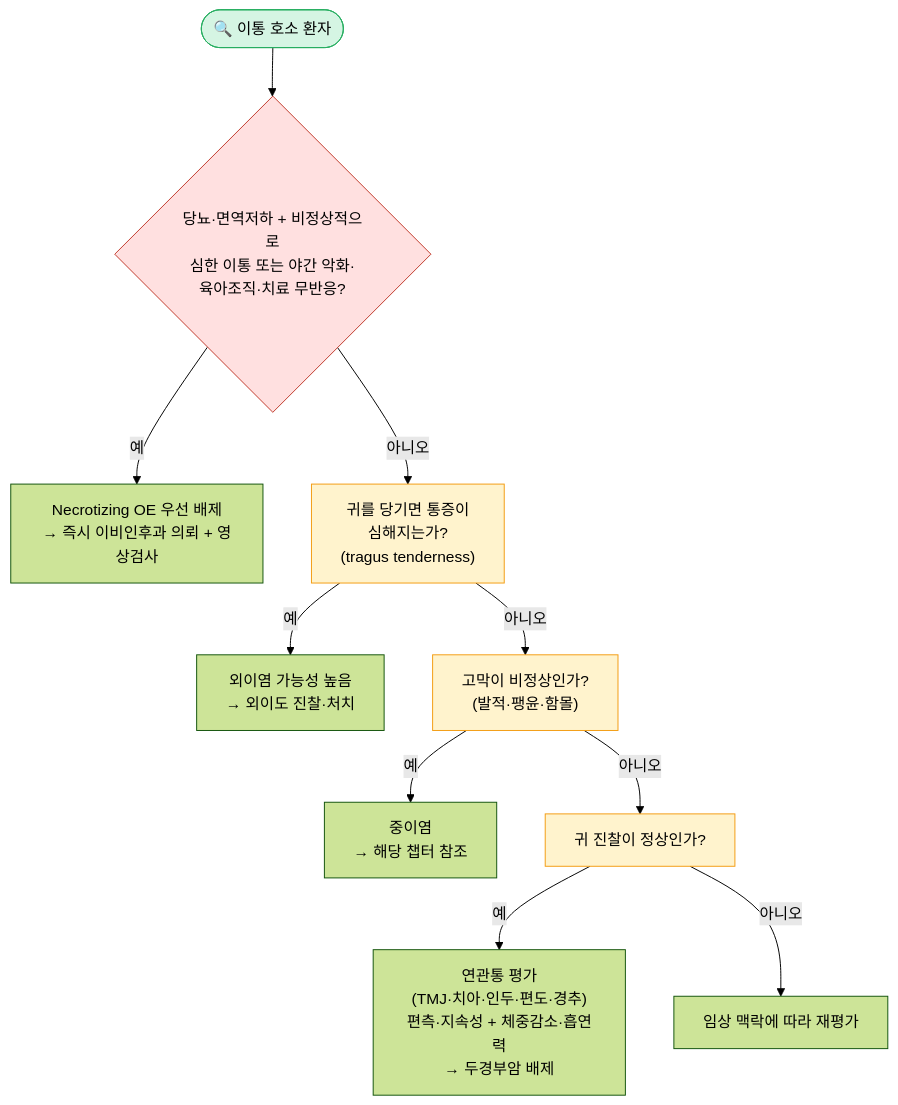
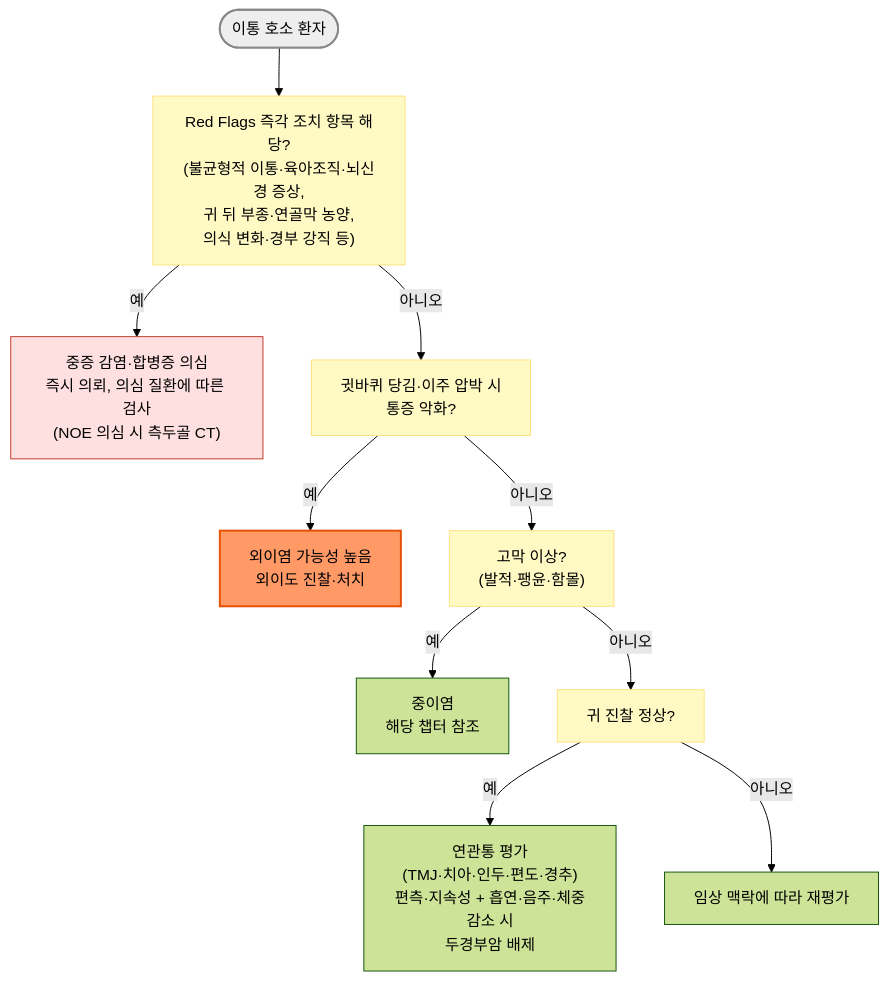
The first of 2 diagrams in 222_/047_-otitis-externa.md (familyoh77/familyoh77), drawn with Mermaid (forest theme) before and after one commit. The commit also changed other lines of this file, not shown here.

````diff
--- a/222_/047_-otitis-externa.md
+++ b/222_/047_-otitis-externa.md
@@ -89,18 +99,20 @@
 ```mermaid
 graph TD
-    S(["🔍 이통 호소 환자"]) --> RF{"당뇨·면역저하 + 비정상적으로<br/>심한 이통 또는 야간 악화·<br/>육아조직·치료 무반응?"}
-    RF -- "예" --> NOE["Necrotizing OE 우선 배제<br/>→ 즉시 이비인후과 의뢰 + 영상검사"]
-    RF -- "아니오" --> Q1["귀를 당기면 통증이<br/>심해지는가?<br/>(tragus tenderness)"]
-    Q1 -- "예" --> OE["외이염 가능성 높음<br/>→ 외이도 진찰·처치"]
-    Q1 -- "아니오" --> Q2["고막이 비정상인가?<br/>(발적·팽윤·함몰)"]
-    Q2 -- "예" --> OM["중이염<br/>→ 해당 챕터 참조"]
-    Q2 -- "아니오" --> Q3["귀 진찰이 정상인가?"]
-    Q3 -- "예" --> REF["연관통 평가<br/>(TMJ·치아·인두·편도·경추)<br/>편측·지속성 + 체중감소·흡연력<br/>→ 두경부암 배제"]
+    S(["이통 호소 환자"]) --> RF["Red Flags 즉각 조치 항목 해당?<br/>(불균형적 이통·육아조직·뇌신경 증상,<br/>귀 뒤 부종·연골막 농양,<br/>의식 변화·경부 강직 등)"]
+    RF -- "예" --> NOE["중증 감염·합병증 의심<br/>즉시 의뢰, 의심 질환에 따른 검사<br/>(NOE 의심 시 측두골 CT)"]
+    RF -- "아니오" --> Q1["귓바퀴 당김·이주 압박 시<br/>통증 악화?"]
+    Q1 -- "예" --> OE["외이염 가능성 높음<br/>외이도 진찰·처치"]
+    Q1 -- "아니오" --> Q2["고막 이상?<br/>(발적·팽윤·함몰)"]
+    Q2 -- "예" --> OM["중이염<br/>해당 챕터 참조"]
+    Q2 -- "아니오" --> Q3["귀 진찰 정상?"]
+    Q3 -- "예" --> REF["연관통 평가<br/>(TMJ·치아·인두·편도·경추)<br/>편측·지속성 + 흡연·음주·체중감소 시<br/>두경부암 배제"]
     Q3 -- "아니오" --> EVAL["임상 맥락에 따라 재평가"]
-    
-        style S fill:#d5f5e3,stroke:#27ae60
-        style RF fill:#ffe0e0,stroke:#c0392b
-        classDef yellow fill:#fff3cd,stroke:#f39c12
-        class Q1,Q2,Q3 yellow
 
+    style S fill:#eeeeee,stroke:#888888,stroke-width:2px
+    style RF fill:#fff9c4,stroke:#ffe082
+    style Q1 fill:#fff9c4,stroke:#ffe082
+    style Q2 fill:#fff9c4,stroke:#ffe082
+    style Q3 fill:#fff9c4,stroke:#ffe082
+    style NOE fill:#ffe0e0,stroke:#c0392b
+    style OE fill:#f96,stroke:#e65100,stroke-width:2px
 ```
````
